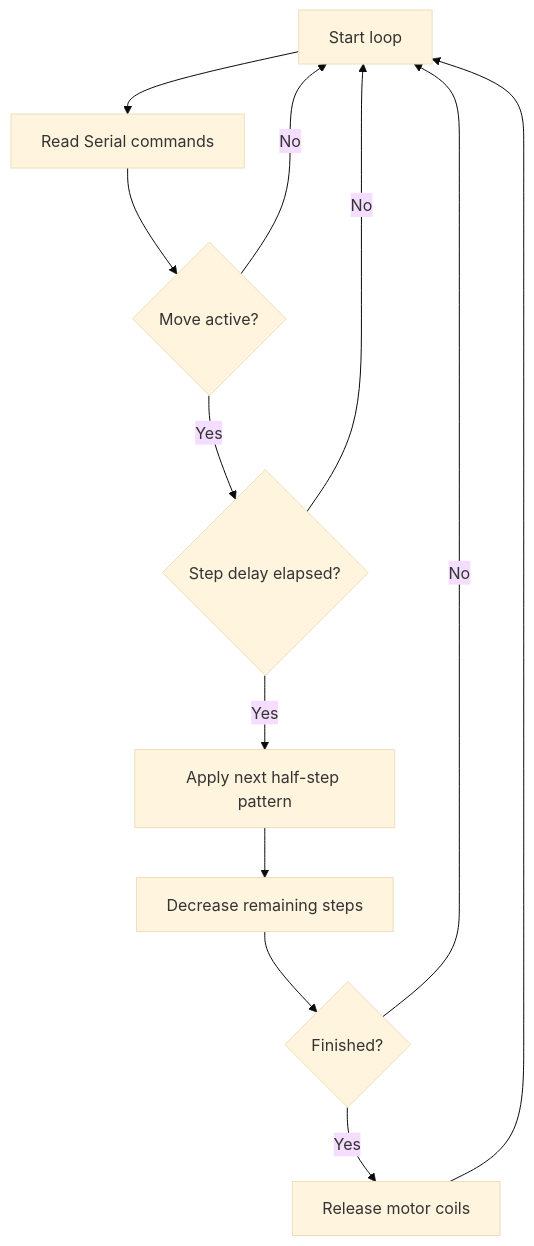
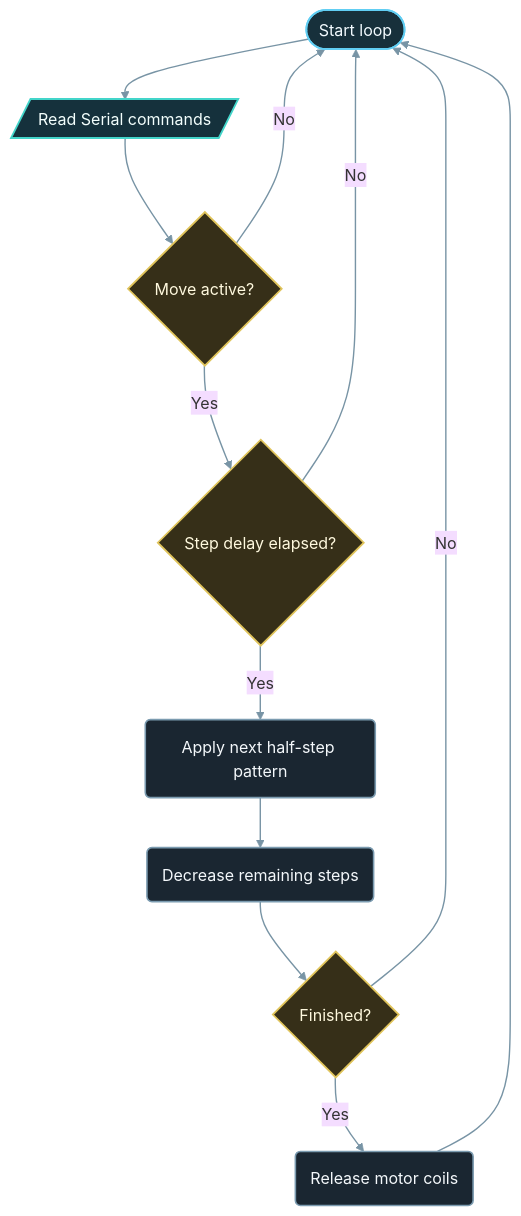
One commit to ProAmineOfficial/NanoKit-ESP32 changed the diagram in examples_on_platformio/stepper_motor_control/docs/Implementation_Guide.md. Above: the diagram before and after it, drawn with Mermaid (base theme). The commit also changed 15 other files, not shown here.

Commit message:
docs: apply semantic Mermaid styling

````diff
--- a/examples_on_platformio/stepper_motor_control/docs/Implementation_Guide.md
+++ b/examples_on_platformio/stepper_motor_control/docs/Implementation_Guide.md
@@ -15,14 +15,24 @@
 ```mermaid
 flowchart TD
-  A[Start loop] --> B[Read Serial commands]
+  A([Start loop]) --> B[/Read Serial commands/]
   B --> C{Move active?}
   C -- No --> A
   C -- Yes --> D{Step delay elapsed?}
   D -- No --> A
-  D -- Yes --> E[Apply next half-step pattern]
-  E --> F[Decrease remaining steps]
+  D -- Yes --> E(Apply next half-step pattern)
+  E --> F(Decrease remaining steps)
   F --> G{Finished?}
-  G -- Yes --> H[Release motor coils]
+  G -- Yes --> H(Release motor coils)
   G -- No --> A
   H --> A
+
+  classDef start fill:#17303b,stroke:#61cef3,stroke-width:1.8px,color:#f3fbff
+  classDef process fill:#1a2631,stroke:#7b9bb0,stroke-width:1.6px,color:#f4f8fb
+  classDef decision fill:#362f18,stroke:#e0c45b,stroke-width:1.8px,color:#fff9de
+  classDef io fill:#15313c,stroke:#43d5ca,stroke-width:1.8px,color:#f3fffd
+  class A start
+  class C,D,G decision
+  class B io
+  class E,F,H process
+  linkStyle default stroke:#7894a5,stroke-width:1.4px
 ```
````
